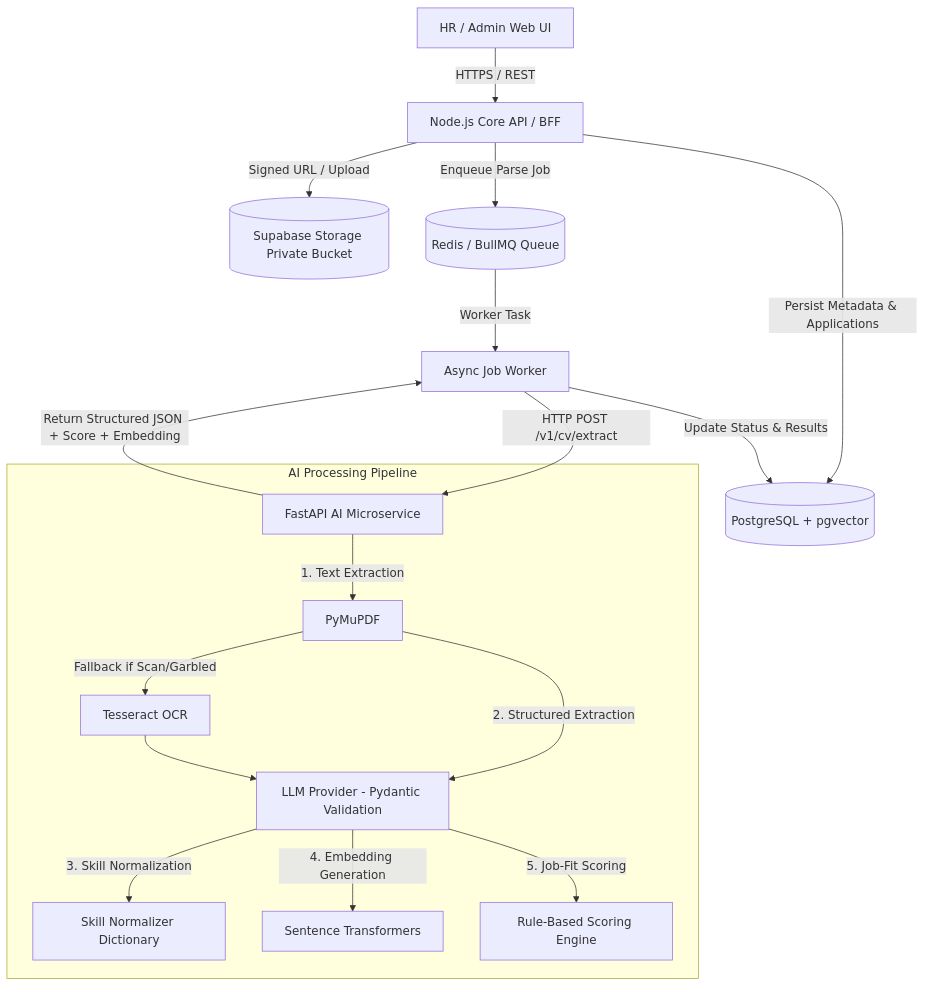
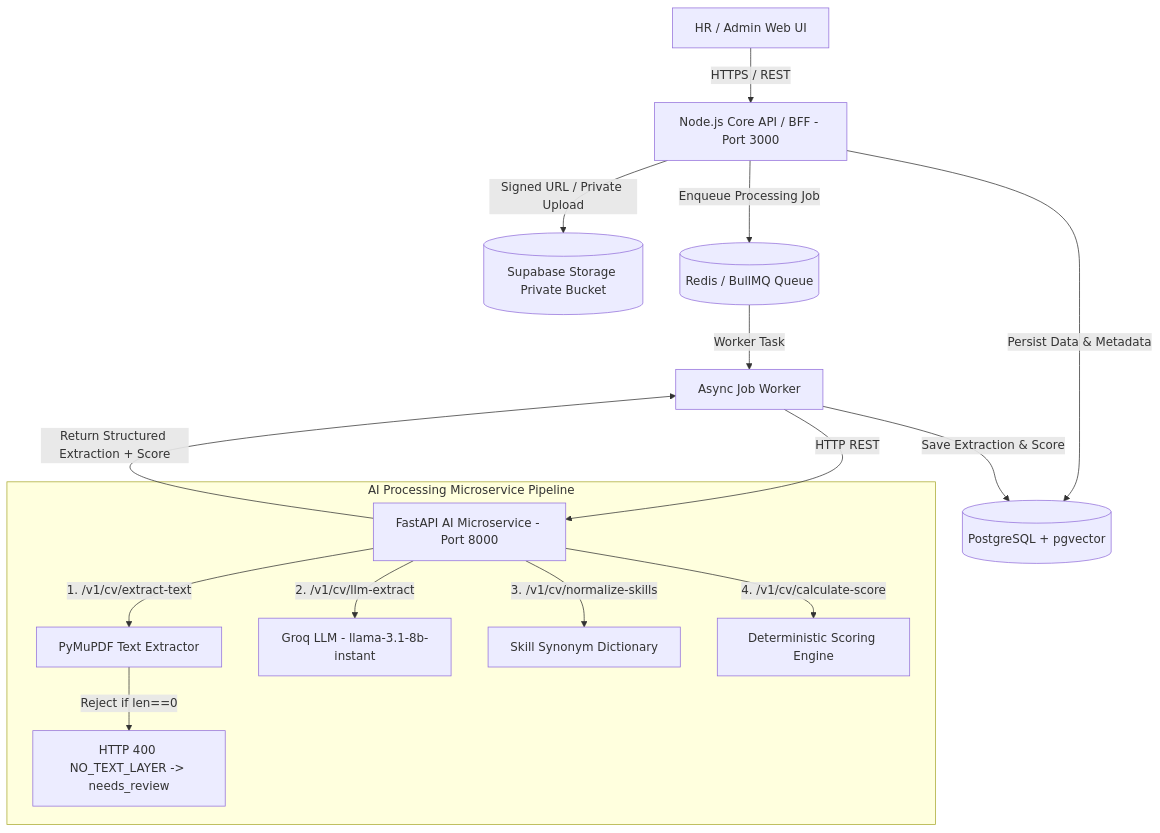
The diagram in docs/architecture.md (aditlab-code/resumix-ai), drawn with Mermaid before and after one commit. The commit also changed other lines of this file and 13 other files, not shown here.

First line of the commit message:
feat: Enhance CV ATS Pipeline with Zero-Text Rejection and Improved PDF Processing

````diff
--- a/docs/architecture.md
+++ b/docs/architecture.md
@@ -11,22 +11,20 @@
 ```mermaid
 graph TD
-    User[HR / Admin Web UI] -->|HTTPS / REST| API[Node.js Core API / BFF]
-    API -->|Signed URL / Upload| Storage[(Supabase Storage Private Bucket)]
-    API -->|Persist Metadata & Applications| DB[(PostgreSQL + pgvector)]
-    API -->|Enqueue Parse Job| Queue[(Redis / BullMQ Queue)]
+    User[HR / Admin Web UI] -->|HTTPS / REST| API[Node.js Core API / BFF - Port 3000]
+    API -->|Signed URL / Private Upload| Storage[(Supabase Storage Private Bucket)]
+    API -->|Persist Data & Metadata| DB[(PostgreSQL + pgvector)]
+    API -->|Enqueue Processing Job| Queue[(Redis / BullMQ Queue)]
     Queue -->|Worker Task| Worker[Async Job Worker]
-    Worker -->|HTTP POST /v1/cv/extract| AIService[FastAPI AI Microservice]
+    Worker -->|HTTP REST| AIService[FastAPI AI Microservice - Port 8000]
     
-    subgraph AI Processing Pipeline
-        AIService -->|1. Text Extraction| PyMuPDF[PyMuPDF]
-        PyMuPDF -->|Fallback if Scan/Garbled| OCR[Tesseract OCR]
-        PyMuPDF -->|2. Structured Extraction| LLM[LLM Provider - Pydantic Validation]
-        OCR --> LLM
-        LLM -->|3. Skill Normalization| Normalizer[Skill Normalizer Dictionary]
-        LLM -->|4. Embedding Generation| Embedder[Sentence Transformers]
-        LLM -->|5. Job-Fit Scoring| Scoring[Rule-Based Scoring Engine]
+    subgraph AI Processing Microservice Pipeline
+        AIService -->|1. /v1/cv/extract-text| PyMuPDF[PyMuPDF Text Extractor]
+        PyMuPDF -->|Reject if len==0| Reject[HTTP 400 NO_TEXT_LAYER -> needs_review]
+        AIService -->|2. /v1/cv/llm-extract| LLM[Groq LLM - llama-3.1-8b-instant]
+        AIService -->|3. /v1/cv/normalize-skills| Normalizer[Skill Synonym Dictionary]
+        AIService -->|4. /v1/cv/calculate-score| Scoring[Deterministic Scoring Engine]
     end
 
-    AIService -->|Return Structured JSON + Score + Embedding| Worker
-    Worker -->|Update Status & Results| DB
+    AIService -->|Return Structured Extraction + Score| Worker
+    Worker -->|Save Extraction & Score| DB
 ```
````
